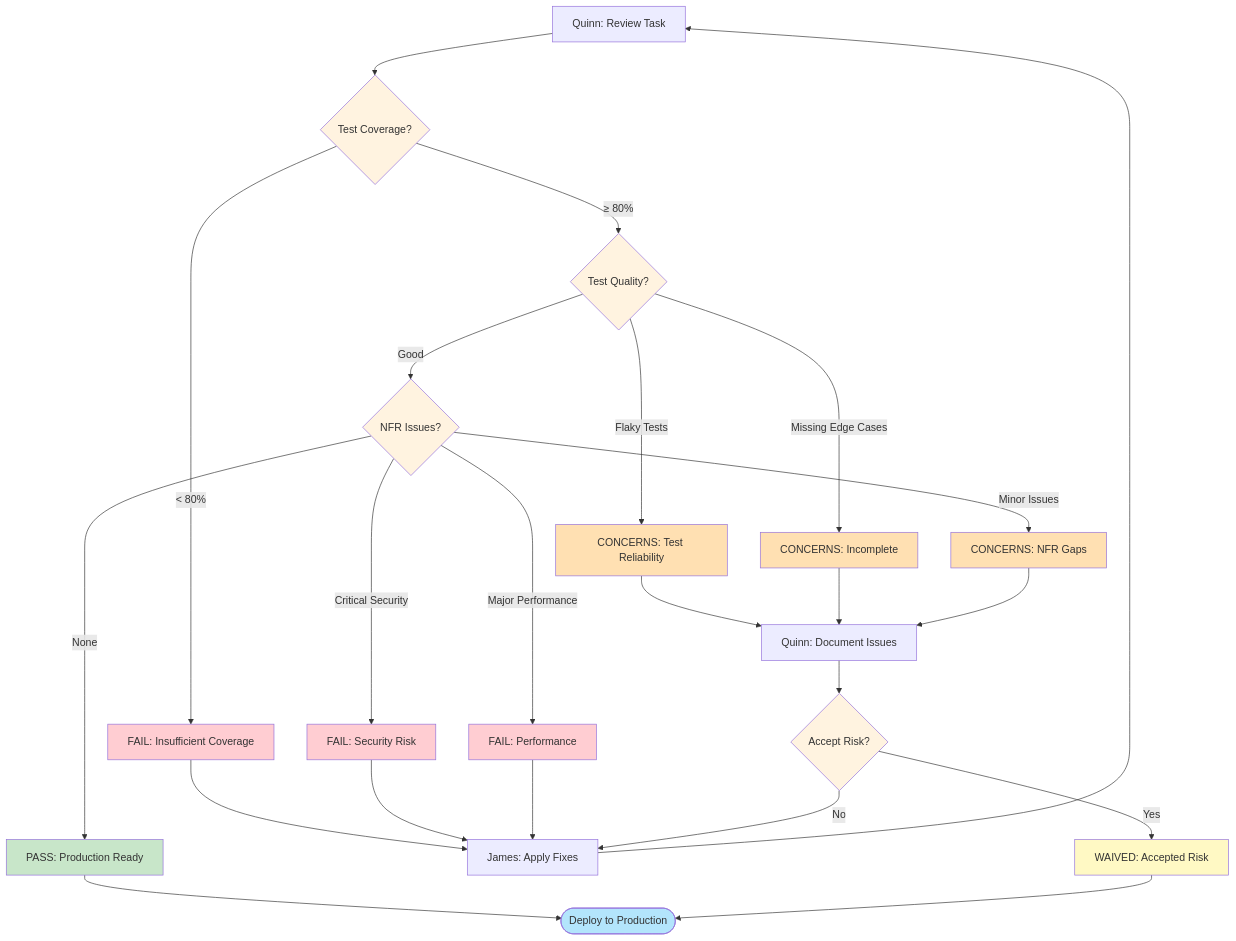
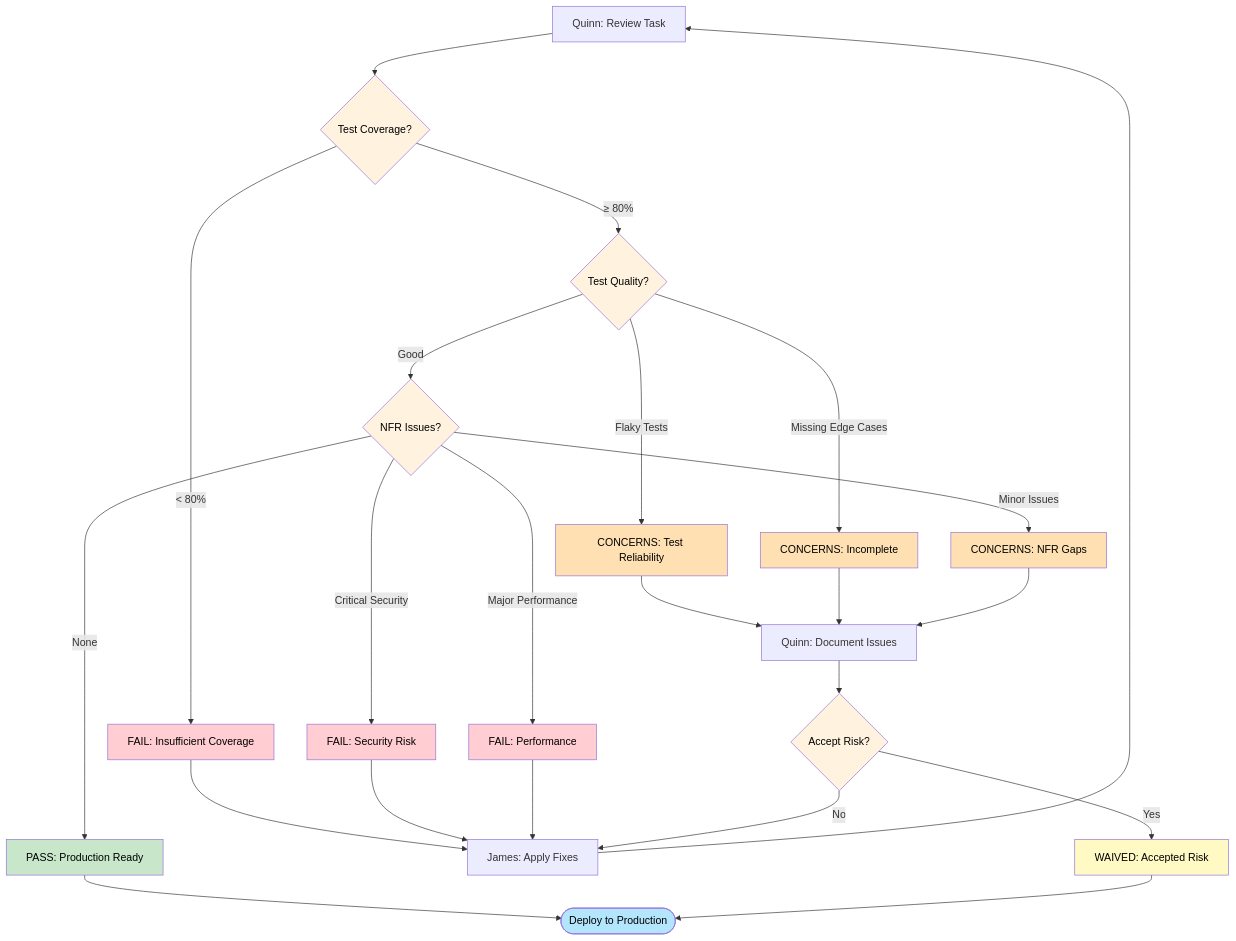
Before and after one commit to adolfoaranaes12/BMAD-ENHANCED: the sixth of 8 diagrams in docs/USER-GUIDE.md, drawn with Mermaid. The commit also changed other lines of this file and 11 other files, not shown here.

````diff
--- a/docs/USER-GUIDE.md
+++ b/docs/USER-GUIDE.md
@@ -434,45 +434,45 @@
 ```mermaid
 graph TD
     Review[Quinn: Review Task] --> Coverage{Test Coverage?}
 
     Coverage -->|< 80%| Fail1[FAIL: Insufficient Coverage]
     Coverage -->|≥ 80%| Quality{Test Quality?}
 
     Quality -->|Flaky Tests| Concern1[CONCERNS: Test Reliability]
     Quality -->|Missing Edge Cases| Concern2[CONCERNS: Incomplete]
     Quality -->|Good| NFR{NFR Issues?}
 
     NFR -->|Critical Security| Fail2[FAIL: Security Risk]
     NFR -->|Major Performance| Fail3[FAIL: Performance]
     NFR -->|Minor Issues| Concern3[CONCERNS: NFR Gaps]
     NFR -->|None| Pass[PASS: Production Ready]
 
     Fail1 --> Fixes[James: Apply Fixes]
     Fail2 --> Fixes
     Fail3 --> Fixes
     Concern1 --> Document[Quinn: Document Issues]
     Concern2 --> Document
     Concern3 --> Document
 
     Fixes --> Review
     Document --> Decision{Accept Risk?}
     Decision -->|Yes| Waive[WAIVED: Accepted Risk]
     Decision -->|No| Fixes
 
     Pass --> Production([Deploy to Production])
     Waive --> Production
 
-    style Coverage fill:#fff3e0
-    style Quality fill:#fff3e0
-    style NFR fill:#fff3e0
-    style Decision fill:#fff3e0
-    style Fail1 fill:#ffcdd2
-    style Fail2 fill:#ffcdd2
-    style Fail3 fill:#ffcdd2
-    style Concern1 fill:#ffe0b2
-    style Concern2 fill:#ffe0b2
-    style Concern3 fill:#ffe0b2
-    style Pass fill:#c8e6c9
-    style Waive fill:#fff9c4
-    style Production fill:#b3e5fc
+    style Coverage fill:#fff3e0,color:#000
+    style Quality fill:#fff3e0,color:#000
+    style NFR fill:#fff3e0,color:#000
+    style Decision fill:#fff3e0,color:#000
+    style Fail1 fill:#ffcdd2,color:#000
+    style Fail2 fill:#ffcdd2,color:#000
+    style Fail3 fill:#ffcdd2,color:#000
+    style Concern1 fill:#ffe0b2,color:#000
+    style Concern2 fill:#ffe0b2,color:#000
+    style Concern3 fill:#ffe0b2,color:#000
+    style Pass fill:#c8e6c9,color:#000
+    style Waive fill:#fff9c4,color:#000
+    style Production fill:#b3e5fc,color:#000
 ```
````
